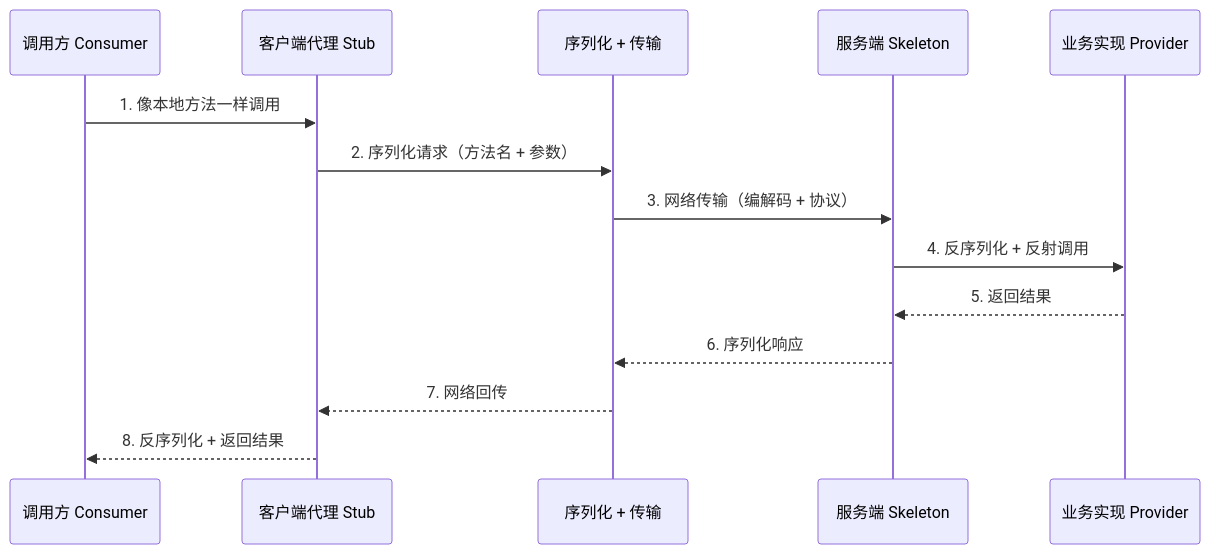
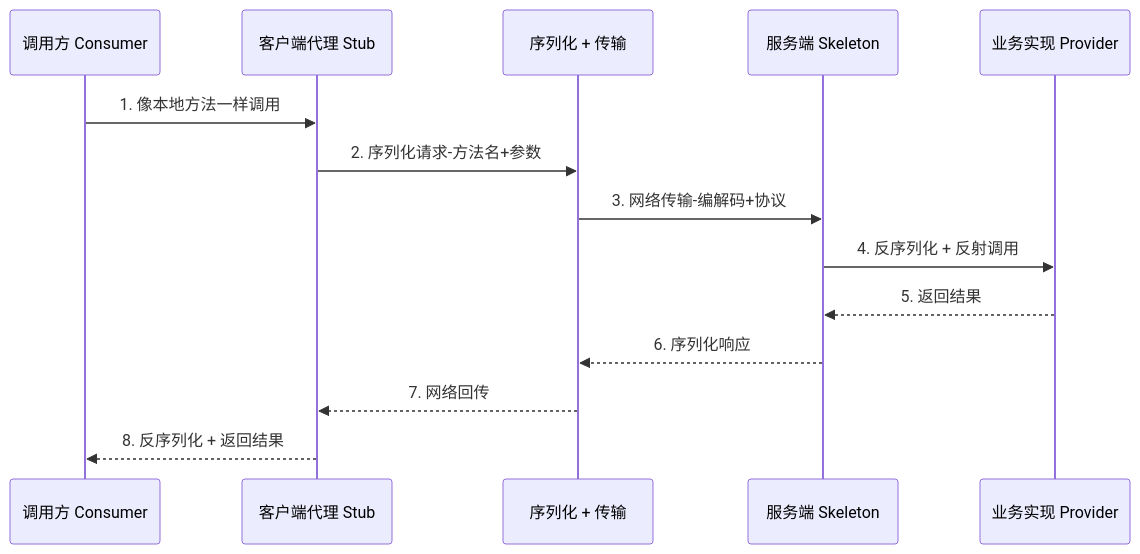
One commit to xiaobo1997/programmer-knowledge-graph changed the second of 3 diagrams in docs/architecture/service-governance/rpc/入门层/从零开始认识RPC系列/0_系列导读-全景.md. Above: the diagram before and after it, drawn with Mermaid. The commit also changed other lines of this file and 141 other files, not shown here.

Commit message:
Update package.json scripts, enhance documentation with new content, and improve service discovery and load balancing sections in RPC architecture. Adjust word counts and read times for various articles to reflect content changes.

````diff
--- a/docs/architecture/service-governance/rpc/入门层/从零开始认识RPC系列/0_系列导读-全景.md
+++ b/docs/architecture/service-governance/rpc/入门层/从零开始认识RPC系列/0_系列导读-全景.md
@@ -37,17 +37,17 @@
 ```mermaid
 sequenceDiagram
     participant 调用方 as 调用方 Consumer
     participant 代理 as 客户端代理 Stub
     participant 网络 as 序列化 + 传输
     participant 服务端 as 服务端 Skeleton
     participant 实现 as 业务实现 Provider
 
     调用方->>代理: 1. 像本地方法一样调用
-    代理->>网络: 2. 序列化请求（方法名 + 参数）
-    网络->>服务端: 3. 网络传输（编解码 + 协议）
+    代理->>网络: 2. 序列化请求-方法名+参数
+    网络->>服务端: 3. 网络传输-编解码+协议
     服务端->>实现: 4. 反序列化 + 反射调用
     实现-->>服务端: 5. 返回结果
     服务端-->>网络: 6. 序列化响应
     网络-->>代理: 7. 网络回传
     代理-->>调用方: 8. 反序列化 + 返回结果
 ```
````
